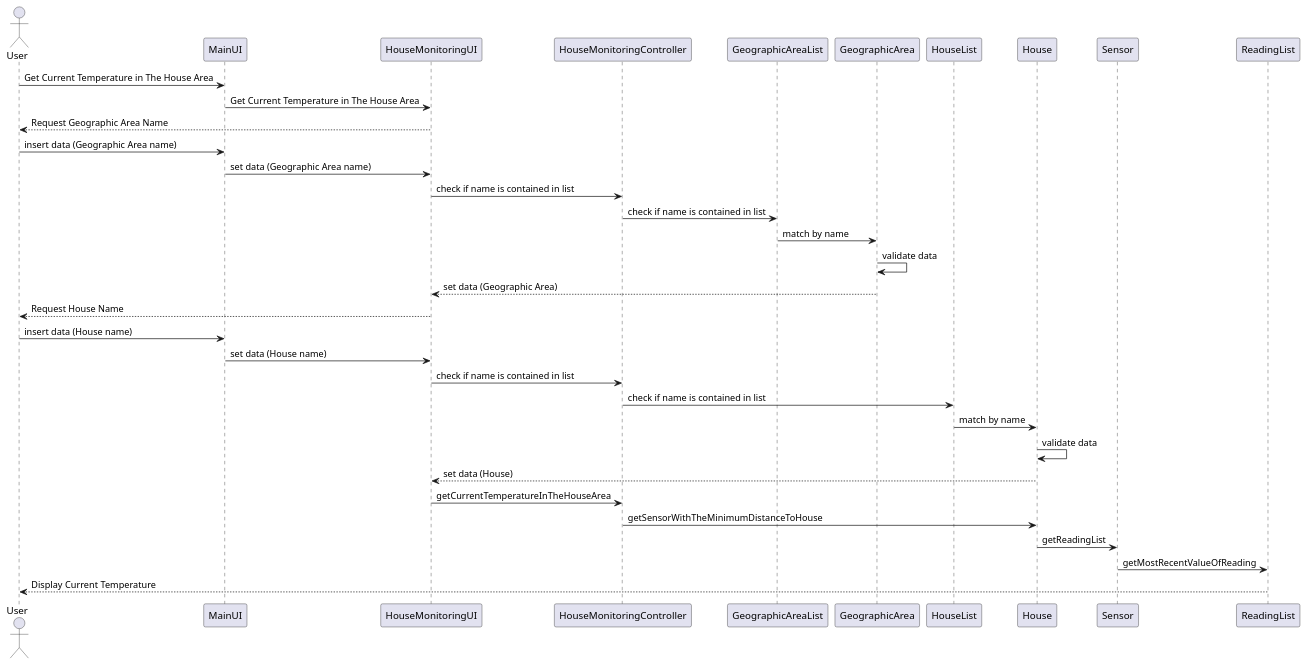
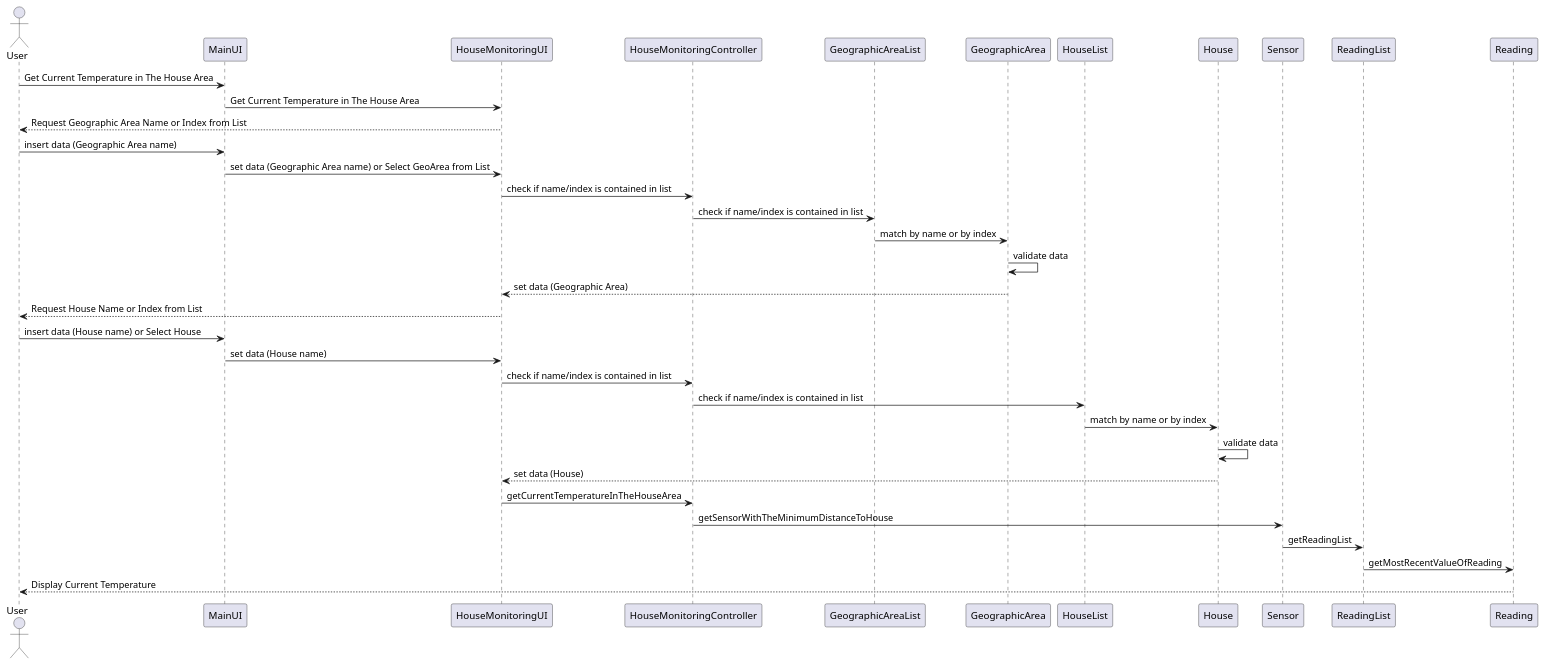
Before and after one commit to Almadanmp/project: the diagram in src/main/java/pt/ipp/isep/dei/project/controller/US600.puml, drawn with PlantUML. The commit also changed 2 other files, not shown here.

Commit message:
Tests in 'RoomTest' and UML us605 added.

```diff
--- a/src/main/java/pt/ipp/isep/dei/project/controller/US600.puml
+++ b/src/main/java/pt/ipp/isep/dei/project/controller/US600.puml
@@ -1,26 +1,26 @@
 @startuml
 actor User
 User -> MainUI: Get Current Temperature in The House Area
 MainUI -> HouseMonitoringUI: Get Current Temperature in The House Area
-HouseMonitoringUI --> User: Request Geographic Area Name
+HouseMonitoringUI --> User: Request Geographic Area Name or Index from List
 User -> MainUI: insert data (Geographic Area name)
-MainUI -> HouseMonitoringUI: set data (Geographic Area name)
-HouseMonitoringUI ->HouseMonitoringController: check if name is contained in list
-HouseMonitoringController -> GeographicAreaList: check if name is contained in list
-GeographicAreaList -> GeographicArea: match by name
+MainUI -> HouseMonitoringUI: set data (Geographic Area name) or Select GeoArea from List
+HouseMonitoringUI ->HouseMonitoringController: check if name/index is contained in list
+HouseMonitoringController -> GeographicAreaList: check if name/index is contained in list
+GeographicAreaList -> GeographicArea: match by name or by index
 GeographicArea -> GeographicArea: validate data
 GeographicArea --> HouseMonitoringUI: set data (Geographic Area)
-HouseMonitoringUI --> User: Request House Name
-User -> MainUI: insert data (House name)
+HouseMonitoringUI --> User: Request House Name or Index from List
+User -> MainUI: insert data (House name) or Select House
 MainUI -> HouseMonitoringUI: set data (House name)
-HouseMonitoringUI -> HouseMonitoringController: check if name is contained in list
-HouseMonitoringController -> HouseList: check if name is contained in list
-HouseList -> House: match by name
+HouseMonitoringUI -> HouseMonitoringController: check if name/index is contained in list
+HouseMonitoringController -> HouseList: check if name/index is contained in list
+HouseList -> House: match by name or by index
 House -> House: validate data
 House --> HouseMonitoringUI: set data (House)
 HouseMonitoringUI -> HouseMonitoringController: getCurrentTemperatureInTheHouseArea
-HouseMonitoringController->House: getSensorWithTheMinimumDistanceToHouse
-House->Sensor: getReadingList
-Sensor->ReadingList:getMostRecentValueOfReading
-ReadingList-->User: Display Current Temperature
+HouseMonitoringController->Sensor: getSensorWithTheMinimumDistanceToHouse
+Sensor->ReadingList: getReadingList
+ReadingList->Reading:getMostRecentValueOfReading
+Reading-->User: Display Current Temperature
 @enduml
```
